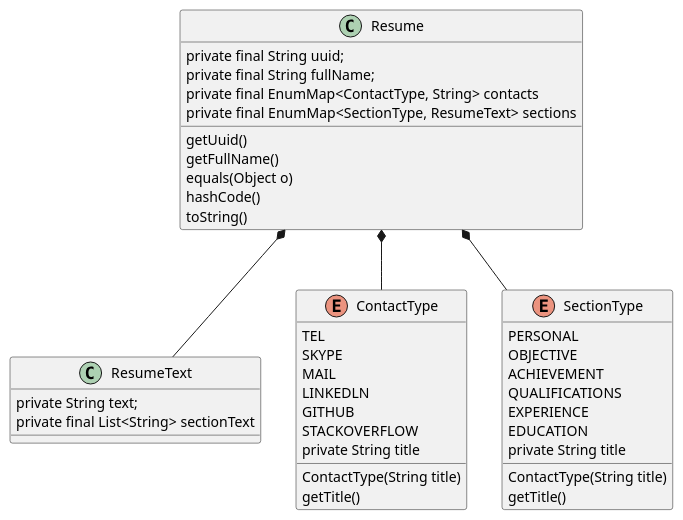
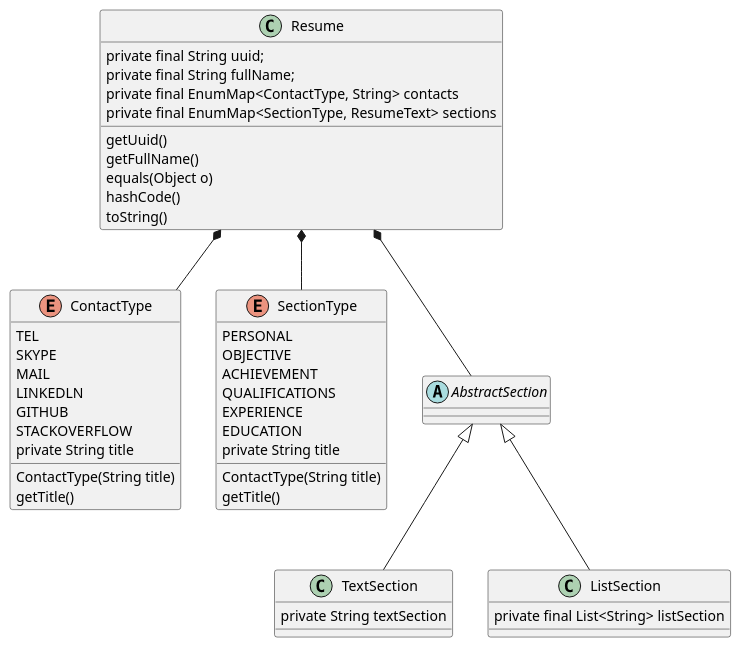
The diagram in src/com/urise/webapp/model/ResumeUML.puml (VitalyG1983/basejava), drawn with PlantUML before and after one commit. The commit also changed 4 other files, not shown here.

Commit message:
HW07 added AbstractSection, TextSection, ListSection

```diff
--- a/src/com/urise/webapp/model/ResumeUML.puml
+++ b/src/com/urise/webapp/model/ResumeUML.puml
@@ -1,46 +1,54 @@
 @startuml
 'https://plantuml.com/class-diagram
-   Resume  *--  ResumeText
+
  class Resume {
     private final String uuid;
     private final String fullName;
     private final EnumMap<ContactType, String> contacts
     private final EnumMap<SectionType, ResumeText> sections
      getUuid()
      getFullName()
      equals(Object o)
      hashCode()
      toString()
 }
 
  Resume  *-- ContactType
  enum ContactType{
      TEL
      SKYPE
      MAIL
      LINKEDLN
      GITHUB
      STACKOVERFLOW
      private String title
-     ContactType(String title)
-     getTitle()
+      ContactType(String title)
+      getTitle()
  }
 
 Resume  *-- SectionType
  enum SectionType{
       PERSONAL
       OBJECTIVE
       ACHIEVEMENT
       QUALIFICATIONS
       EXPERIENCE
       EDUCATION
-       private String title
-           ContactType(String title)
-           getTitle()
+      private String title
+       ContactType(String title)
+       getTitle()
  }
 
-     class ResumeText {
-        private String text;
-        private final List<String> sectionText
+Resume  *--  AbstractSection
+     abstract class AbstractSection {
     }
+
+class TextSection extends AbstractSection{
+      private String textSection
+}
+
+class ListSection extends AbstractSection{
+    private final List<String> listSection
+}
+
 @enduml
```
